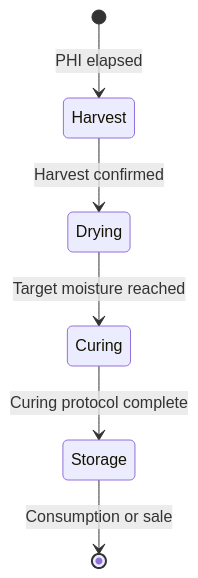
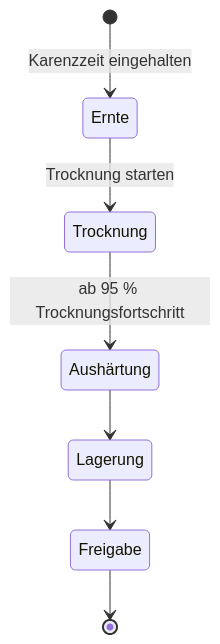
One commit to nolte/kamerplanter changed the diagram in docs/de/guides/post-harvest.md. Above: the diagram before and after it, drawn with Mermaid. The commit also changed other lines of this file and 10 other files, not shown here.

````diff
--- a/docs/de/guides/post-harvest.md
+++ b/docs/de/guides/post-harvest.md
@@ -38,8 +38,9 @@
 ```mermaid
 stateDiagram-v2
-    [*] --> Harvest: PHI elapsed
-    Harvest --> Drying: Harvest confirmed
-    Drying --> Curing: Target moisture reached
-    Curing --> Storage: Curing protocol complete
-    Storage --> [*]: Consumption or sale
+    [*] --> Ernte: Karenzzeit eingehalten
+    Ernte --> Trocknung: Trocknung starten
+    Trocknung --> Aushärtung: ab 95 % Trocknungsfortschritt
+    Aushärtung --> Lagerung
+    Lagerung --> Freigabe
+    Freigabe --> [*]
 ```
````
